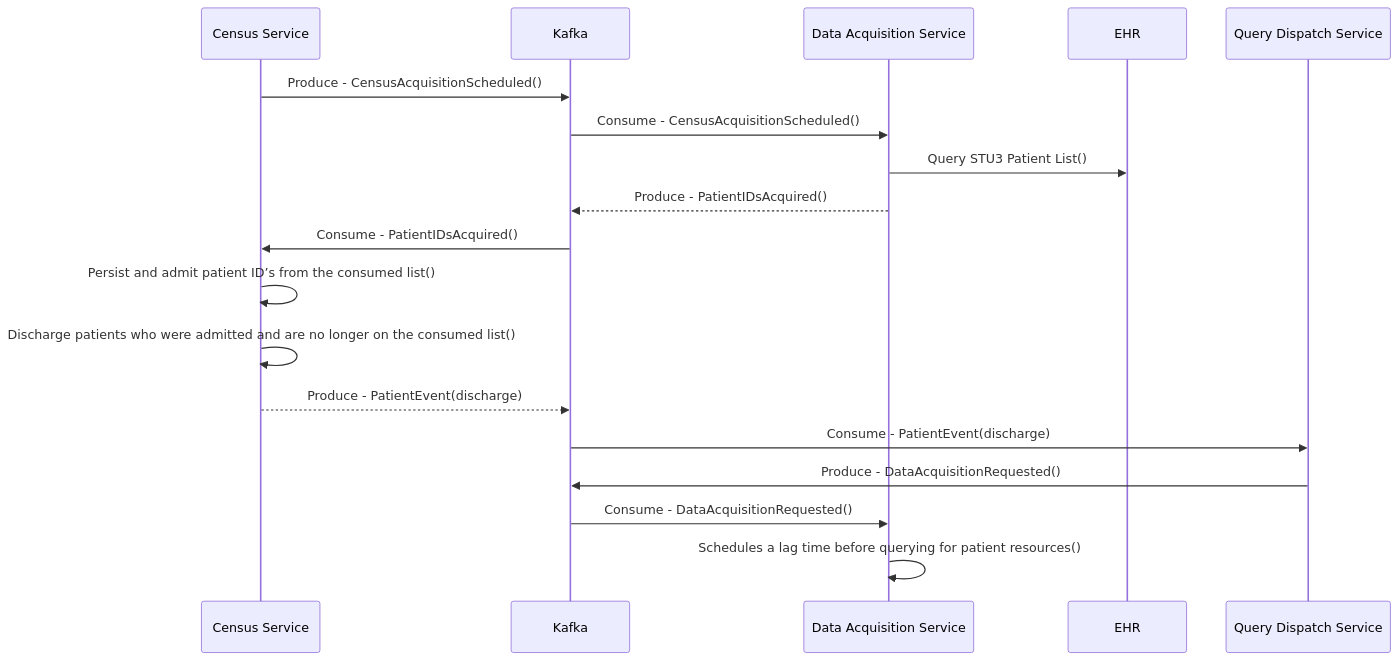
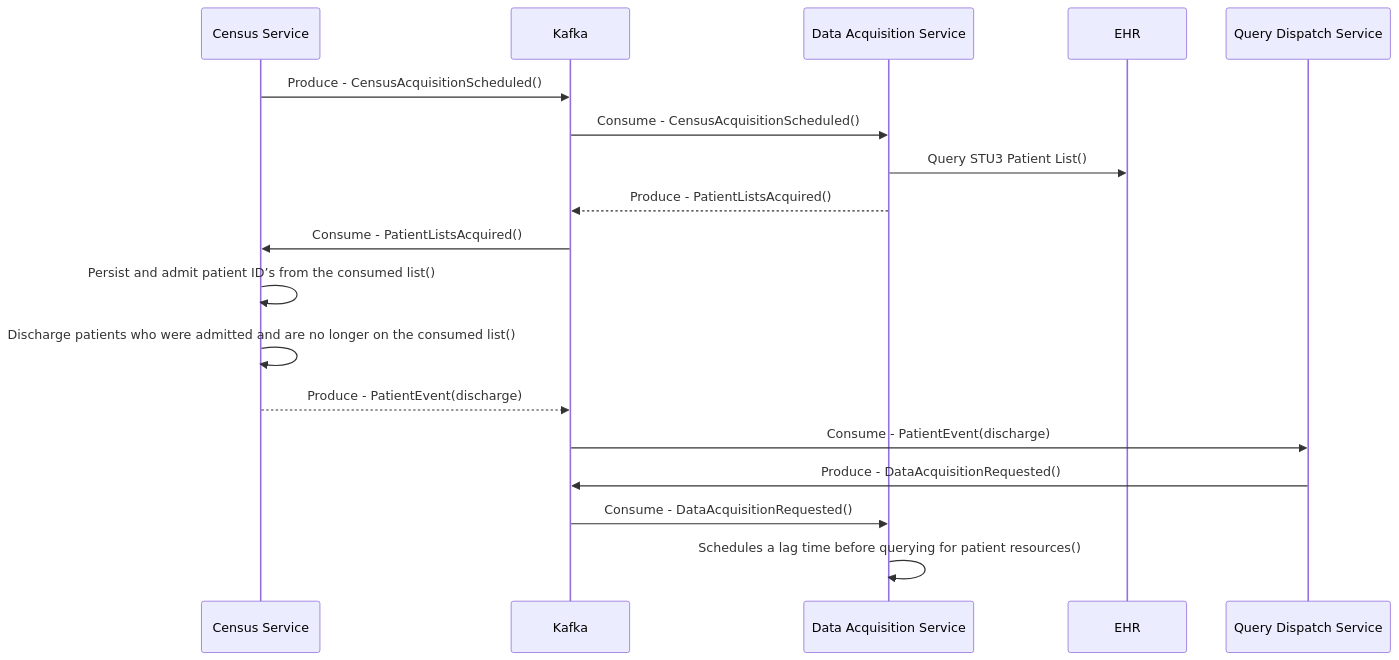
Before and after one commit to lantanagroup/link-cloud: the second of 3 diagrams in docs/docs/dev/testing.mdx, drawn with Mermaid. The commit also changed other lines of this file and 9 other files, not shown here.

First line of the commit message:
LNK-4540: remove patientIdsAcquired refs (#1285)

````diff
--- a/docs/docs/dev/testing.mdx
+++ b/docs/docs/dev/testing.mdx
@@ -199,21 +246,21 @@
 ```mermaid
 sequenceDiagram
     participant Census as Census Service
     participant Kafka
     participant Acquisition as Data Acquisition Service
     participant EHR
     participant Query as Query Dispatch Service
 
     Census->>Kafka: Produce - CensusAcquisitionScheduled()
     Kafka->>Acquisition: Consume - CensusAcquisitionScheduled()
     Acquisition->>EHR: Query STU3 Patient List()
-    Acquisition-->>Kafka: Produce - PatientIDsAcquired()
-    Kafka->>Census: Consume - PatientIDsAcquired()
+    Acquisition-->>Kafka: Produce - PatientListsAcquired()
+    Kafka->>Census: Consume - PatientListsAcquired()
     Census->>Census: Persist and admit patient ID’s from the consumed list()
     Census->>Census: Discharge patients who were admitted and are no longer on the consumed list()
     Census-->>Kafka: Produce - PatientEvent(discharge)
     Kafka->>Query: Consume - PatientEvent(discharge)
     Query->>Kafka: Produce - DataAcquisitionRequested()
     Kafka->>Acquisition: Consume - DataAcquisitionRequested()
     Acquisition->>Acquisition: Schedules a lag time before querying for patient resources()
 ```
````
